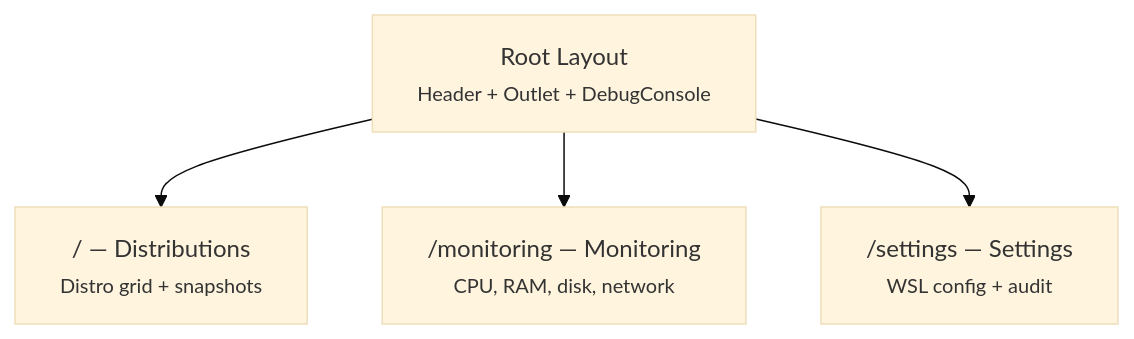
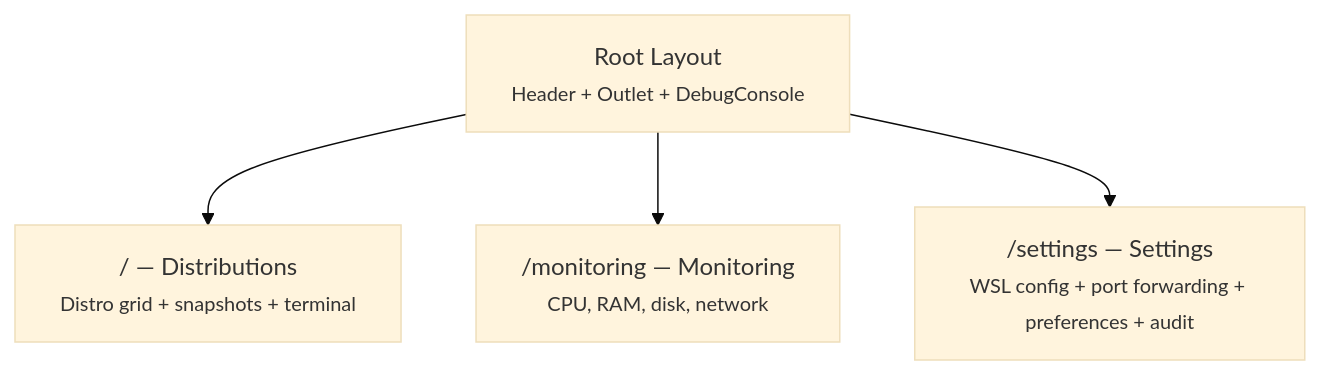
Before and after one commit to muchiny/wsl-dashboard: the second of 3 diagrams in src/README.md, drawn with Mermaid (base theme). The commit also changed other lines of this file and 10 other files, not shown here.

````diff
--- a/src/README.md
+++ b/src/README.md
@@ -90,7 +102,7 @@
 ```mermaid
 graph TD
     Root["Root Layout<br/><small>Header + Outlet + DebugConsole</small>"]
-    Root --> DI["/ — Distributions<br/><small>Distro grid + snapshots</small>"]
+    Root --> DI["/ — Distributions<br/><small>Distro grid + snapshots + terminal</small>"]
     Root --> MO["/monitoring — Monitoring<br/><small>CPU, RAM, disk, network</small>"]
-    Root --> SE["/settings — Settings<br/><small>WSL config + audit</small>"]
+    Root --> SE["/settings — Settings<br/><small>WSL config + port forwarding + preferences + audit</small>"]
 ```
````
